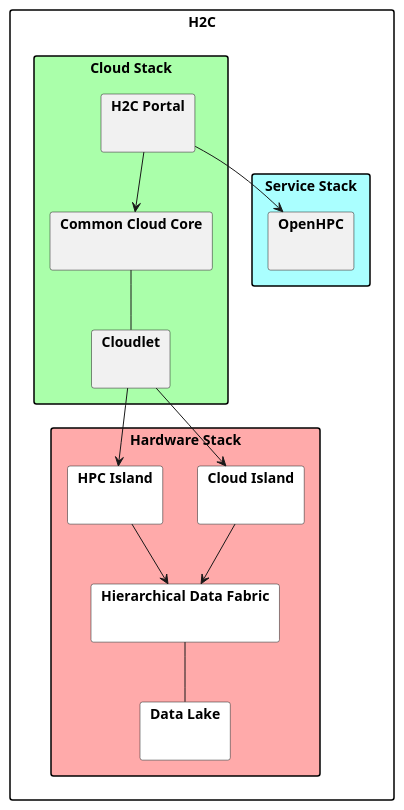
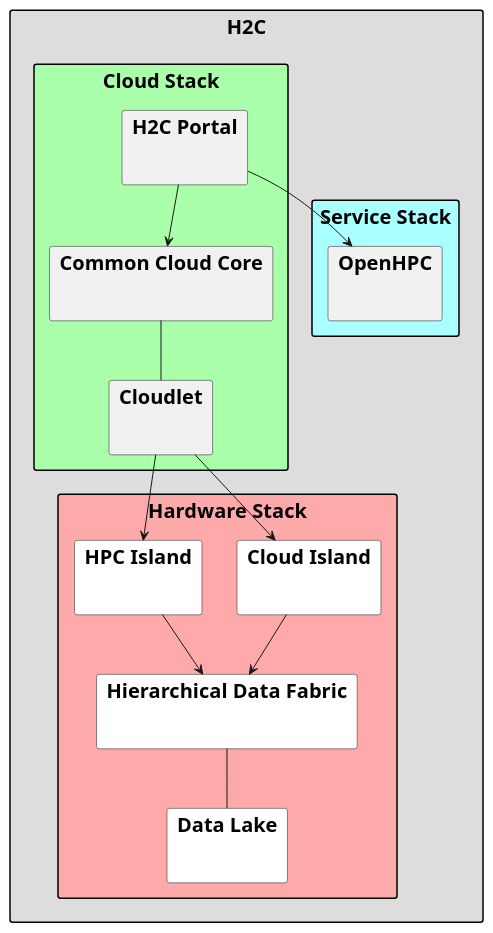
Before and after one commit to CAADE/H2C: the diagram in docs/Architecture.puml, drawn with PlantUML. The commit also changed 4 other files, not shown here.

```diff
--- a/docs/Architecture.puml
+++ b/docs/Architecture.puml
@@ -1,31 +1,33 @@
 @startuml
 
 skinparam packageStyle rect
+skinparam packageFontSize 20
+skinparam packageFontName Arial
 
-package H2C {
+package H2C #dddddd {
     package "Service Stack" as SS #aaffff {
       package "OpenHPC" as OHPC { }
     }
     package "Cloud Stack" as CS #aaffaa {
       package "H2C Portal" as HP { }
       package "Common Cloud Core" as C3 { }
       package Cloudlet { }
       C3 == Cloudlet
     }
     package "Hardware Stack" as HS #ffaaaa {
       package "Cloud Island" as HCI #ffffff { }
       package "HPC Island" as HHI #ffffff { }
       package "Hierarchical Data Fabric" as HDF #ffffff { }
       package "Data Lake" as HDL #ffffff { }
       HCI --> HDF
       HHI --> HDF
       HDF == HDL
     }
 }
 
 Cloudlet --> HCI
 Cloudlet --> HHI
 HP --> C3
 HP --> OHPC
 
 @enduml
```
